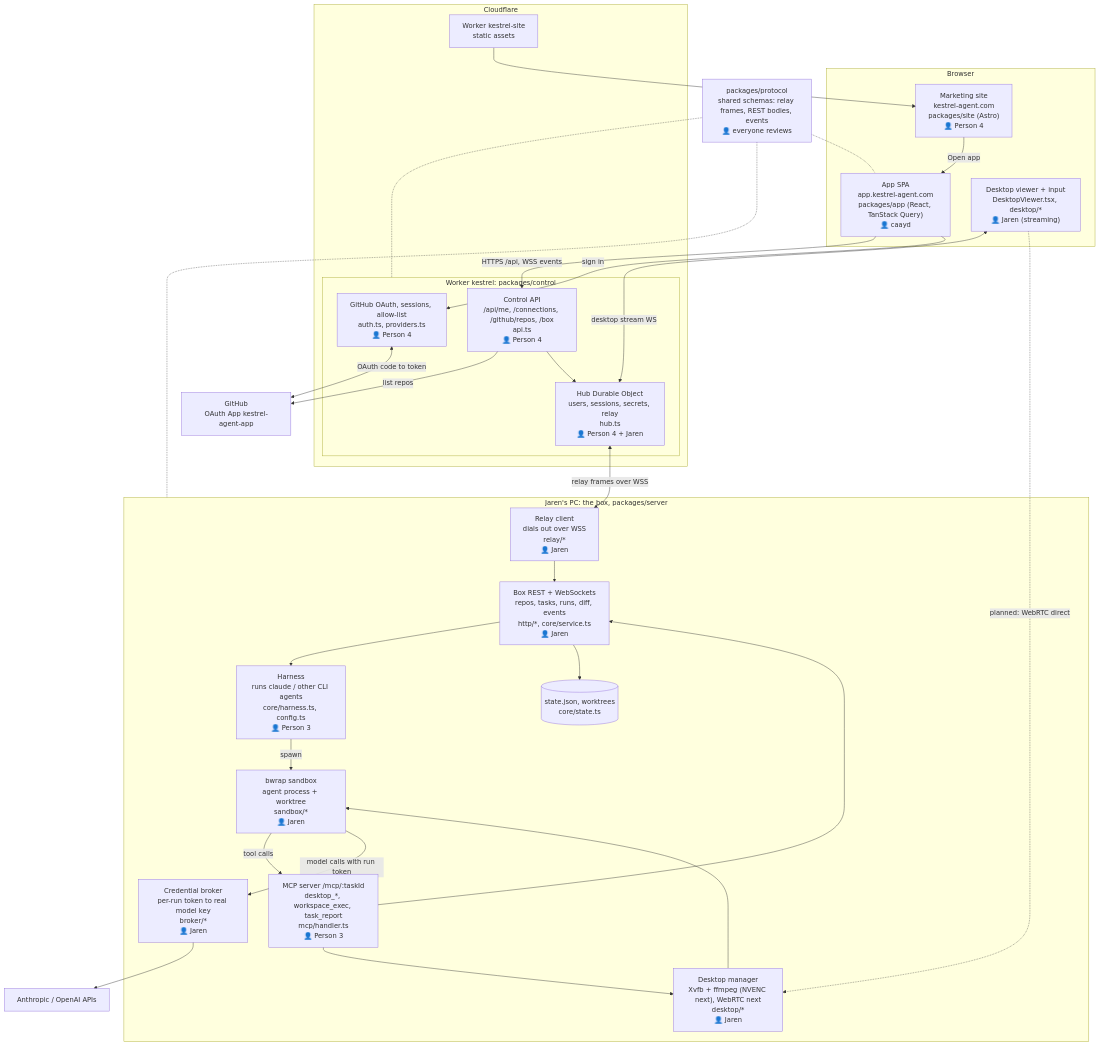
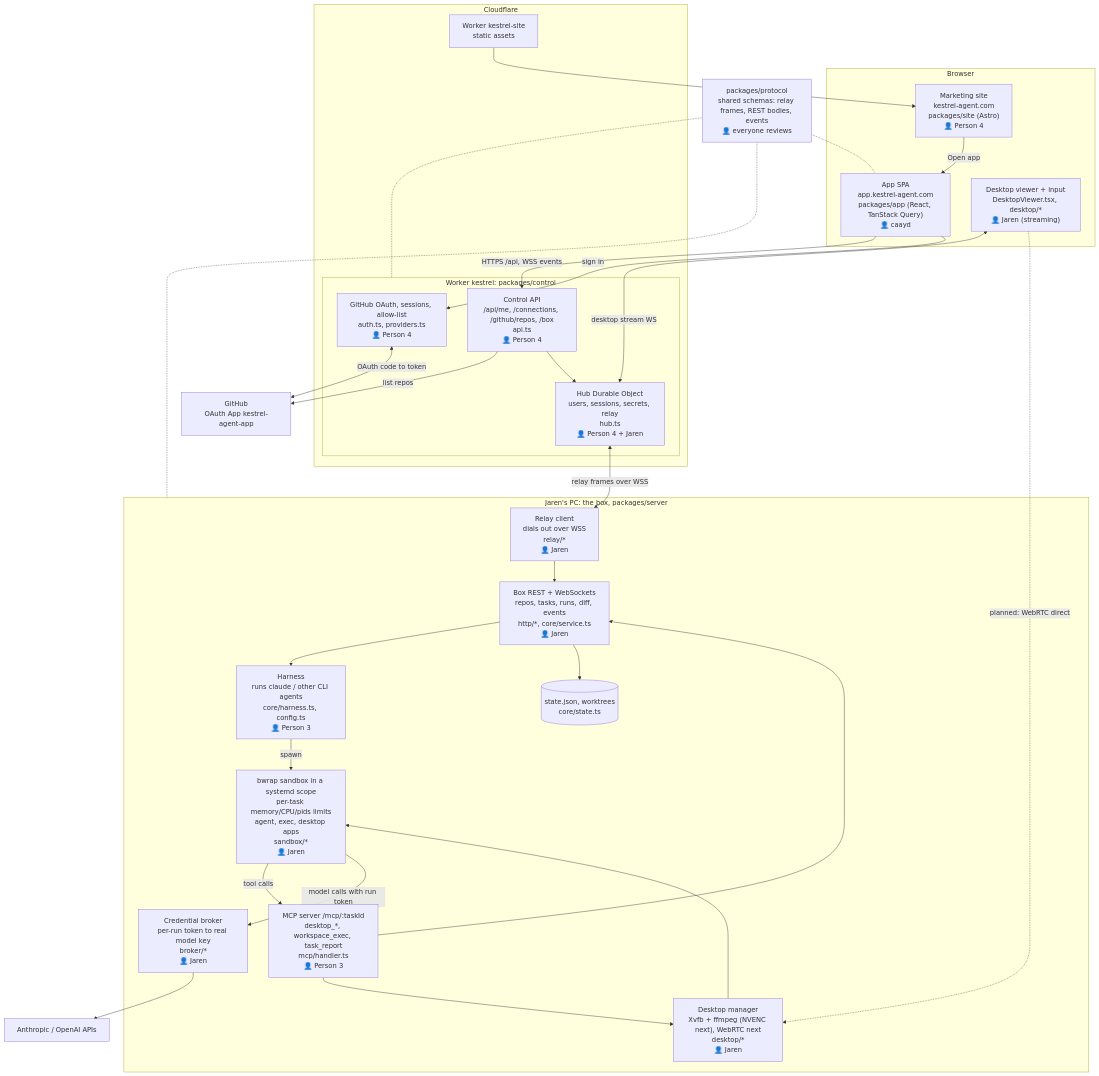
Before and after one commit to StinkyCat0/kestrel: the diagram in docs/architecture.md, drawn with Mermaid. The commit also changed other lines of this file and 9 other files, not shown here.

First line of the commit message:
box: run every agent process in bwrap inside a per-task systemd slice with resource limits (#14)

````diff
--- a/docs/architecture.md
+++ b/docs/architecture.md
@@ -3,58 +3,58 @@
 ```mermaid
 flowchart TB
   subgraph Browser["Browser"]
     SITE["Marketing site<br/>kestrel-agent.com<br/>packages/site (Astro)<br/>👤 Person 4"]
     APP["App SPA<br/>app.kestrel-agent.com<br/>packages/app (React, TanStack Query)<br/>👤 caayd"]
     VIEW["Desktop viewer + input<br/>DesktopViewer.tsx, desktop/*<br/>👤 Jaren (streaming)"]
   end
 
   subgraph CF["Cloudflare"]
     SITEW["Worker kestrel-site<br/>static assets"]
     subgraph CTRL["Worker kestrel: packages/control"]
       AUTH["GitHub OAuth, sessions, allow-list<br/>auth.ts, providers.ts<br/>👤 Person 4"]
       API["Control API<br/>/api/me, /connections, /github/repos, /box<br/>api.ts<br/>👤 Person 4"]
       HUB["Hub Durable Object<br/>users, sessions, secrets, relay<br/>hub.ts<br/>👤 Person 4 + Jaren"]
     end
   end
 
   GH["GitHub<br/>OAuth App kestrel-agent-app"]
 
   subgraph PC["Jaren's PC: the box, packages/server"]
     RELAY["Relay client<br/>dials out over WSS<br/>relay/*<br/>👤 Jaren"]
     REST["Box REST + WebSockets<br/>repos, tasks, runs, diff, events<br/>http/*, core/service.ts<br/>👤 Jaren"]
     HARN["Harness<br/>runs claude / other CLI agents<br/>core/harness.ts, config.ts<br/>👤 Person 3"]
     MCP["MCP server /mcp/:taskId<br/>desktop_*, workspace_exec, task_report<br/>mcp/handler.ts<br/>👤 Person 3"]
     BROKER["Credential broker<br/>per-run token to real model key<br/>broker/*<br/>👤 Jaren"]
-    SB["bwrap sandbox<br/>agent process + worktree<br/>sandbox/*<br/>👤 Jaren"]
+    SB["bwrap sandbox in a systemd scope<br/>per-task memory/CPU/pids limits<br/>agent, exec, desktop apps<br/>sandbox/*<br/>👤 Jaren"]
     DESK["Desktop manager<br/>Xvfb + ffmpeg (NVENC next), WebRTC next<br/>desktop/*<br/>👤 Jaren"]
     STATE[("state.json, worktrees<br/>core/state.ts")]
   end
 
   LLM["Anthropic / OpenAI APIs"]
 
   SITE -->|Open app| APP
   SITEW --> SITE
   APP -->|HTTPS /api, WSS events| API
   APP -->|sign in| AUTH
   AUTH <-->|OAuth code to token| GH
   API -->|list repos| GH
   API --> HUB
   HUB <-->|relay frames over WSS| RELAY
   VIEW <-->|desktop stream WS| HUB
   VIEW -.->|planned: WebRTC direct| DESK
   RELAY --> REST
   REST --> HARN
   REST --> STATE
   HARN -->|spawn| SB
   SB -->|tool calls| MCP
   SB -->|model calls with run token| BROKER
   BROKER --> LLM
   MCP --> DESK
   MCP --> REST
   DESK --> SB
 
   PROTO["packages/protocol<br/>shared schemas: relay frames, REST bodies, events<br/>👤 everyone reviews"]
   PROTO -.- APP
   PROTO -.- CTRL
   PROTO -.- PC
 ```
````
